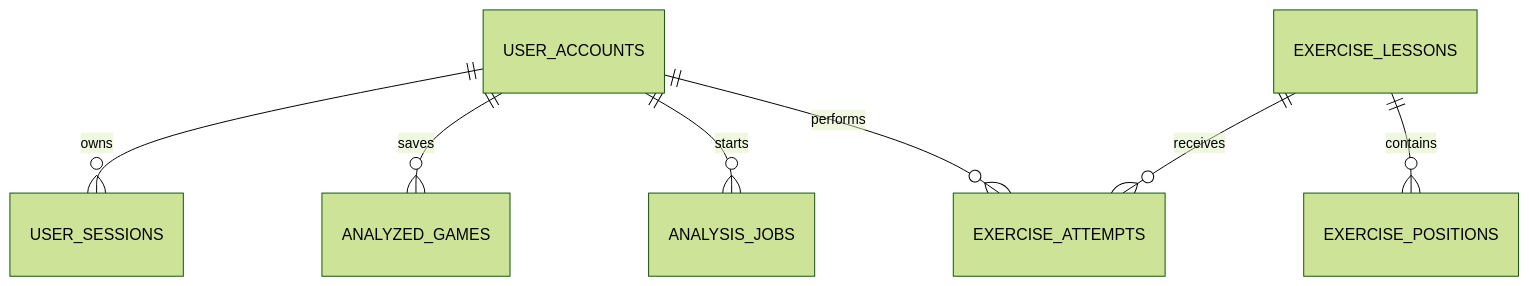
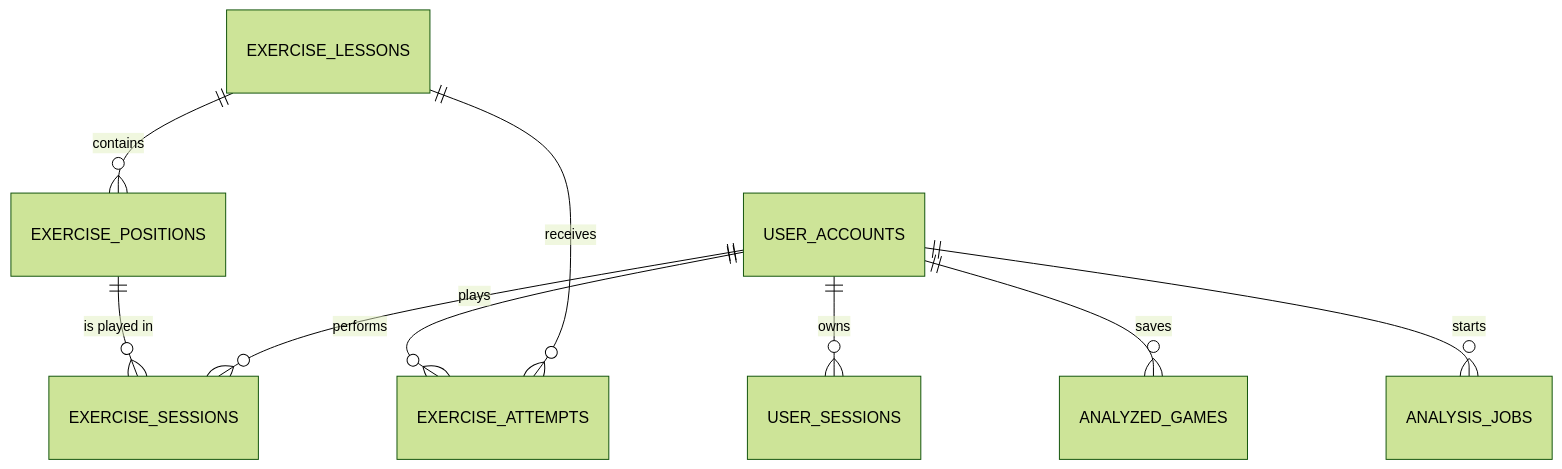
The third of 3 diagrams in docs/ARCHITECTURE.md (kanekikeeen1/Chess-analysis), drawn with Mermaid (forest theme) before and after one commit. The commit also changed other lines of this file and 37 other files, not shown here.

````diff
--- a/docs/ARCHITECTURE.md
+++ b/docs/ARCHITECTURE.md
@@ -84,9 +118,11 @@
 ```mermaid
 erDiagram
     USER_ACCOUNTS ||--o{ USER_SESSIONS : owns
     USER_ACCOUNTS ||--o{ ANALYZED_GAMES : saves
     USER_ACCOUNTS ||--o{ ANALYSIS_JOBS : starts
     USER_ACCOUNTS ||--o{ EXERCISE_ATTEMPTS : performs
     EXERCISE_LESSONS ||--o{ EXERCISE_POSITIONS : contains
     EXERCISE_LESSONS ||--o{ EXERCISE_ATTEMPTS : receives
+    EXERCISE_POSITIONS ||--o{ EXERCISE_SESSIONS : "is played in"
+    USER_ACCOUNTS ||--o{ EXERCISE_SESSIONS : plays
 ```
````
